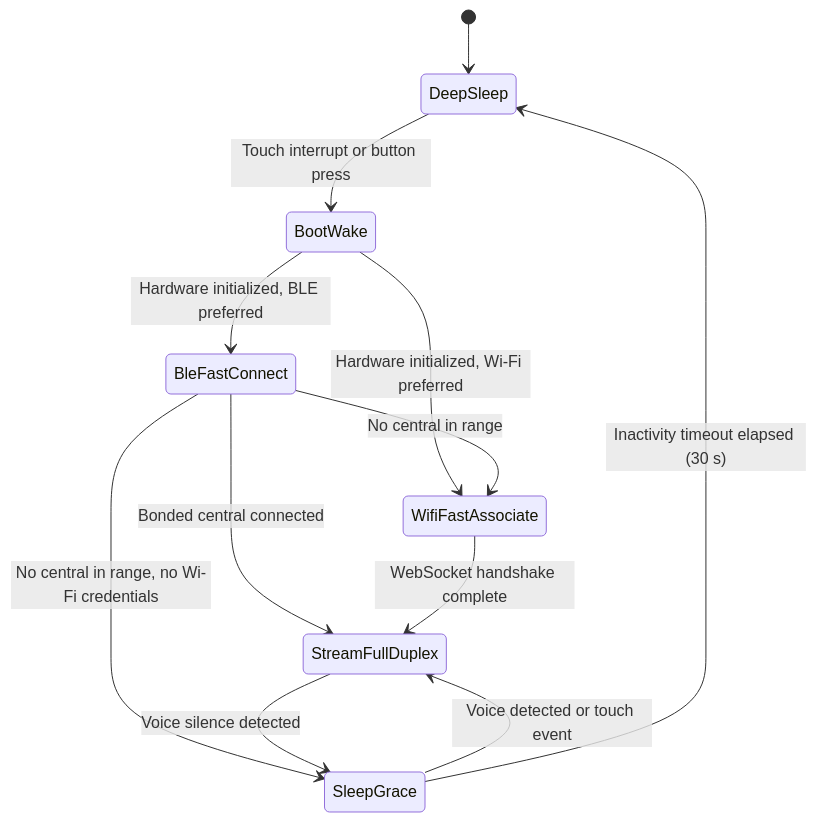
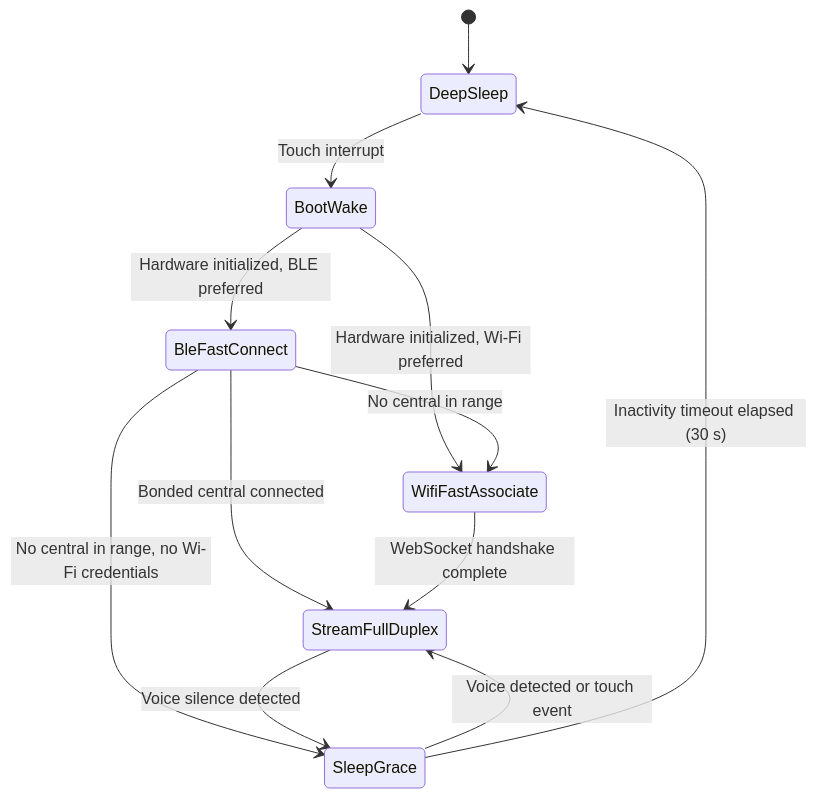
Before and after one commit to FacileStudio/Pastille: the diagram in docs/spec/BOHS-01-ARCH.md, drawn with Mermaid. The commit also changed other lines of this file and 1 other file, not shown here.

````diff
--- a/docs/spec/BOHS-01-ARCH.md
+++ b/docs/spec/BOHS-01-ARCH.md
@@ -173,14 +189,14 @@
 ```mermaid
 stateDiagram-v2
     [*] --> DeepSleep
-    DeepSleep --> BootWake: Touch interrupt or button press
+    DeepSleep --> BootWake: Touch interrupt
     BootWake --> BleFastConnect: Hardware initialized, BLE preferred
     BootWake --> WifiFastAssociate: Hardware initialized, Wi-Fi preferred
     BleFastConnect --> StreamFullDuplex: Bonded central connected
     BleFastConnect --> WifiFastAssociate: No central in range
     BleFastConnect --> SleepGrace: No central in range, no Wi-Fi credentials
     WifiFastAssociate --> StreamFullDuplex: WebSocket handshake complete
     StreamFullDuplex --> SleepGrace: Voice silence detected
     SleepGrace --> StreamFullDuplex: Voice detected or touch event
     SleepGrace --> DeepSleep: Inactivity timeout elapsed (30 s)
 ```
````
